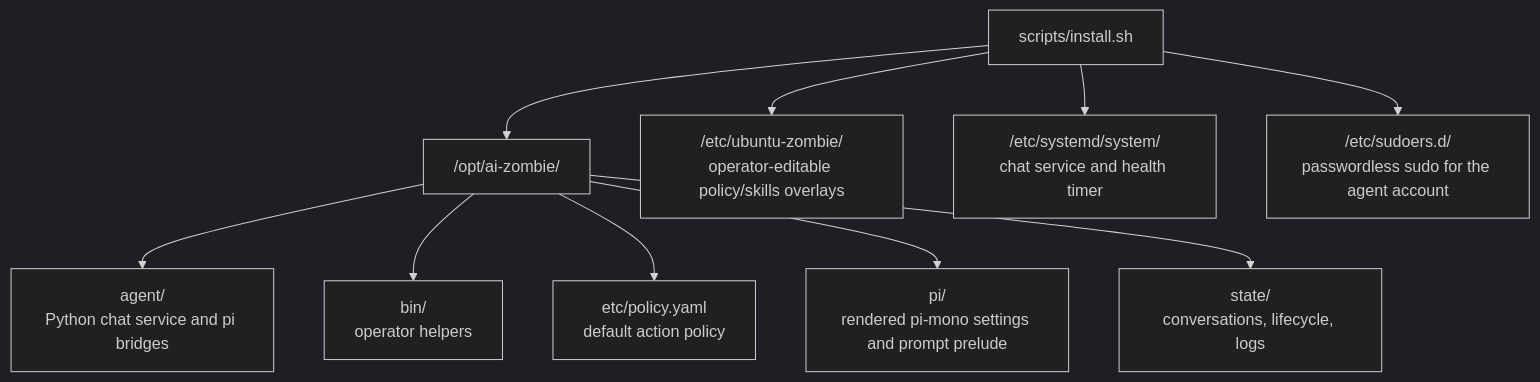
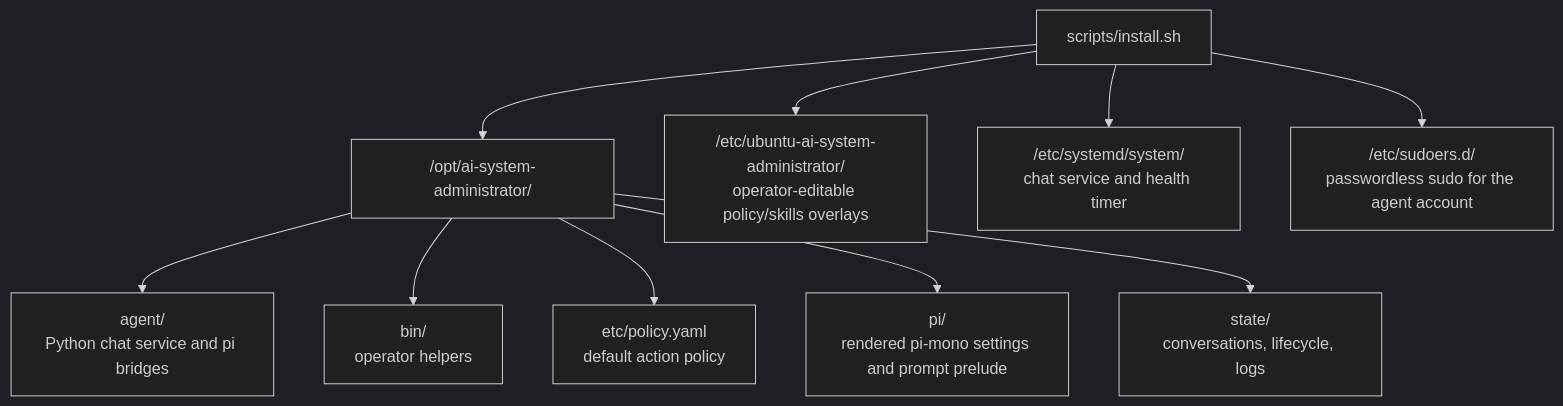
The diagram in docs/ARCHITECTURE.md (japer-technology/ubuntu-ai-system-administrator), drawn with Mermaid (dark theme) before and after one commit. The commit also changed other lines of this file and 92 other files, not shown here.

Commit message:
Complete AI system administrator rename

````diff
--- a/docs/ARCHITECTURE.md
+++ b/docs/ARCHITECTURE.md
@@ -10,13 +10,13 @@
 ```mermaid
 flowchart TD
     installer["scripts/install.sh"]
-    installer --> opt["/opt/ai-zombie/"]
+    installer --> opt["/opt/ai-system-administrator/"]
     opt --> agent["agent/<br/>Python chat service and pi bridges"]
     opt --> bin["bin/<br/>operator helpers"]
     opt --> etc["etc/policy.yaml<br/>default action policy"]
     opt --> pi["pi/<br/>rendered pi-mono settings and prompt prelude"]
     opt --> state["state/<br/>conversations, lifecycle, logs"]
-    installer --> overlay["/etc/ubuntu-zombie/<br/>operator-editable policy/skills overlays"]
+    installer --> overlay["/etc/ubuntu-ai-system-administrator/<br/>operator-editable policy/skills overlays"]
     installer --> systemd["/etc/systemd/system/<br/>chat service and health timer"]
     installer --> sudoers["/etc/sudoers.d/<br/>passwordless sudo for the agent account"]
 ```
````
